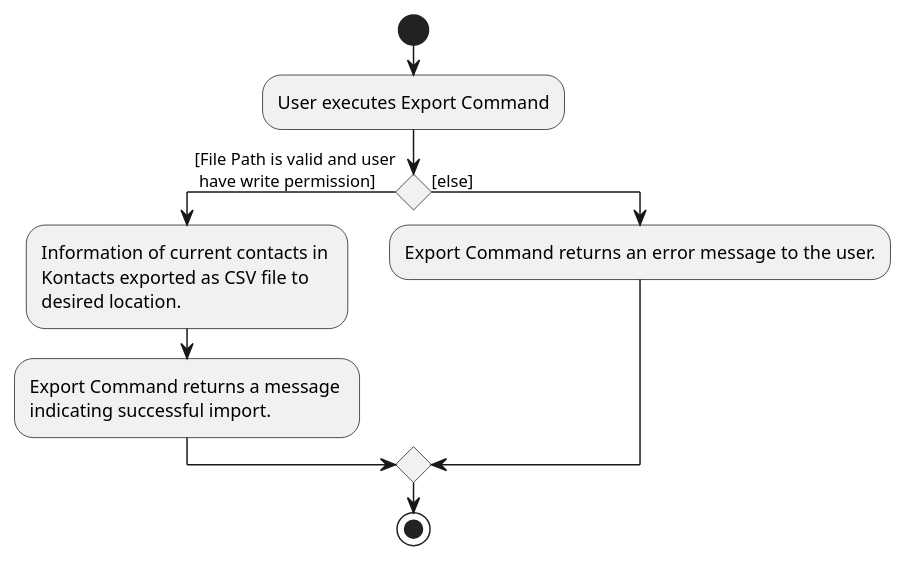
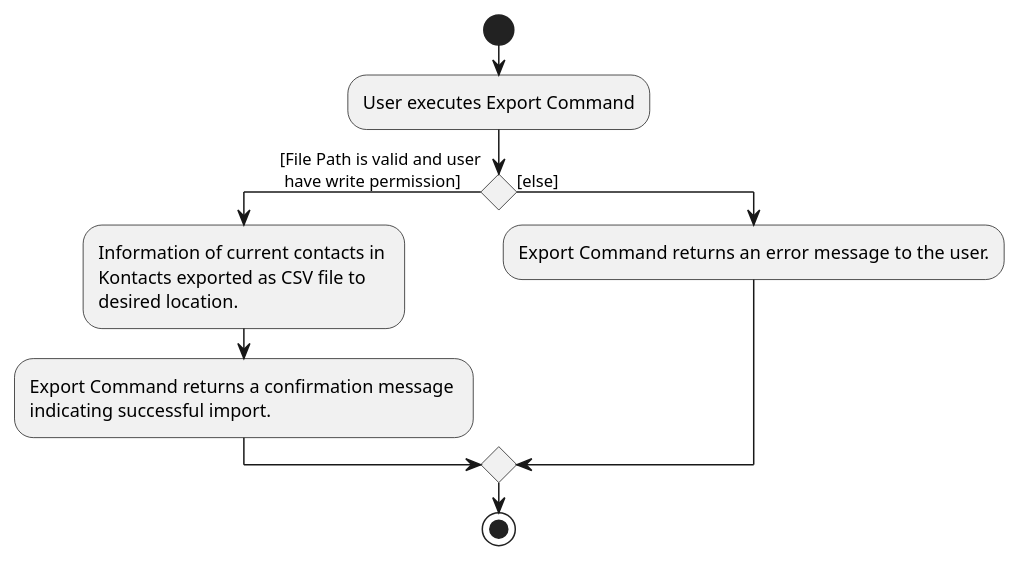
One commit to nus-cs2103-AY2425S1/tp changed the diagram in docs/diagrams/Export.puml. Above: the diagram before and after it, drawn with PlantUML.

Commit message:
Add new line at EOF

```diff
--- a/docs/diagrams/Export.puml
+++ b/docs/diagrams/Export.puml
@@ -1,11 +1,11 @@
 @startuml
 start
 :User executes Export Command;
 if () then ([File Path is valid and user\n have write permission])
     :Information of current contacts in \nKontacts exported as CSV file to\ndesired location.;
-    :Export Command returns a message \nindicating successful import.;
+    :Export Command returns a confirmation message \nindicating successful import.;
 else ([else])
 :Export Command returns an error message to the user.;
 endif
 stop
 @enduml
```
